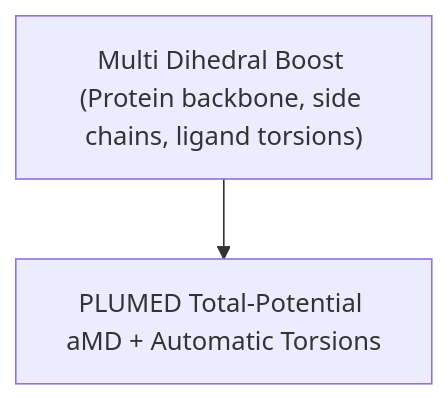
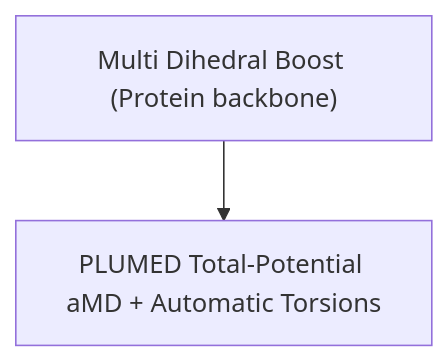
One commit to marcuswangweihow/FBDD changed the third of 4 diagrams in Frag_to_lead_4MZI/README.md. Above: the diagram before and after it, drawn with Mermaid. The commit also changed other lines of this file, not shown here.

````diff
--- a/Frag_to_lead_4MZI/README.md
+++ b/Frag_to_lead_4MZI/README.md
@@ -172,4 +172,4 @@
 ```mermaid
 flowchart TD
-    I["Multi Dihedral Boost (Protein backbone, side chains, ligand torsions)"] --> J["PLUMED Total-Potential aMD + Automatic Torsions"]
+    I["Multi Dihedral Boost (Protein backbone)"] --> J["PLUMED Total-Potential aMD + Automatic Torsions"]
 ```
````
